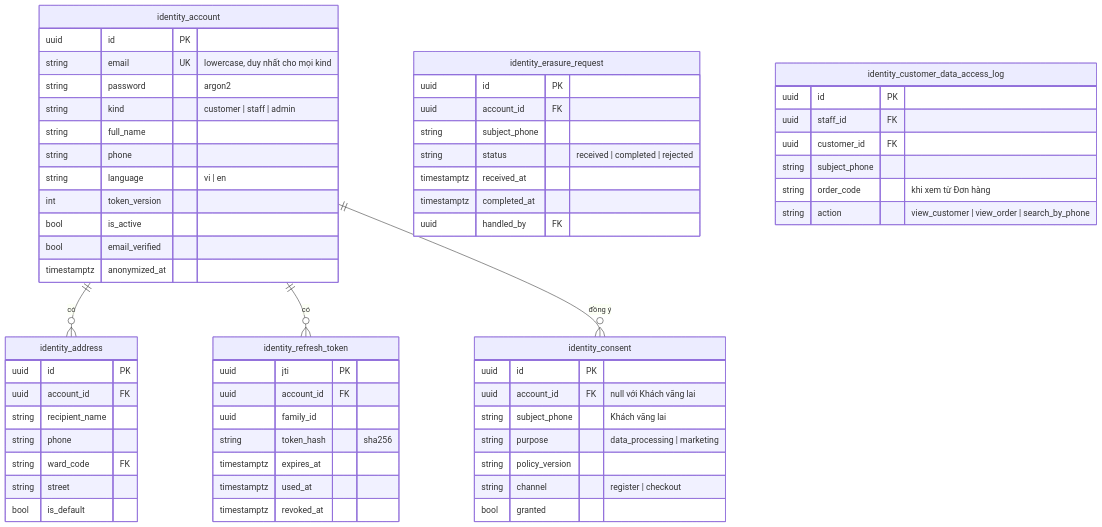
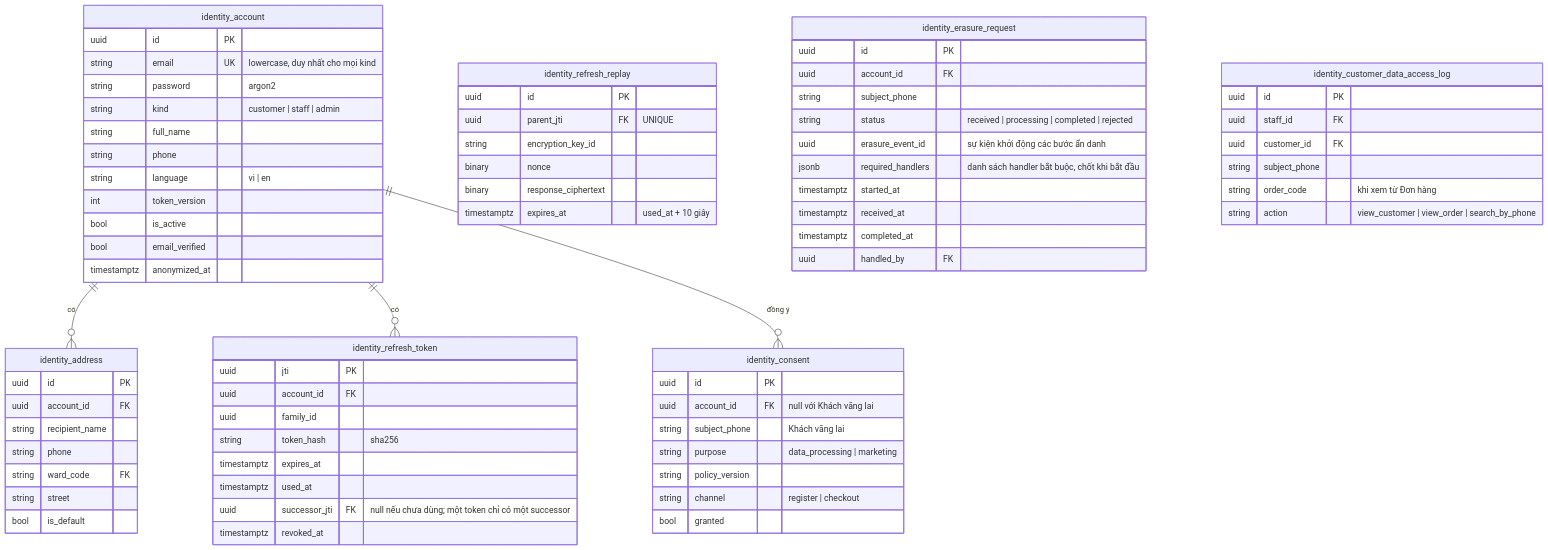
The second of 9 diagrams in docs/architecture/03-data-model.md (LuongCongThanh/boilerplate-ecommerce-next-16), drawn with Mermaid before and after one commit. The commit also changed other lines of this file and 24 other files, not shown here.

Commit message:
docs: refine backend architecture and recovery contracts

````diff
--- a/docs/architecture/03-data-model.md
+++ b/docs/architecture/03-data-model.md
@@ -58,63 +76,75 @@
 ```mermaid
 erDiagram
     identity_account ||--o{ identity_address : "có"
     identity_account ||--o{ identity_refresh_token : "có"
     identity_account ||--o{ identity_consent : "đồng ý"
     identity_account {
         uuid id PK
         string email UK "lowercase, duy nhất cho mọi kind"
         string password "argon2"
         string kind "customer | staff | admin"
         string full_name
         string phone
         string language "vi | en"
         int token_version
         bool is_active
         bool email_verified
         timestamptz anonymized_at
     }
     identity_address {
         uuid id PK
         uuid account_id FK
         string recipient_name
         string phone
         string ward_code FK
         string street
         bool is_default
     }
     identity_refresh_token {
         uuid jti PK
         uuid account_id FK
         uuid family_id
         string token_hash "sha256"
         timestamptz expires_at
         timestamptz used_at
+        uuid successor_jti FK "null nếu chưa dùng; một token chỉ có một successor"
         timestamptz revoked_at
+    }
+    identity_refresh_replay {
+        uuid id PK
+        uuid parent_jti FK "UNIQUE"
+        string encryption_key_id
+        binary nonce
+        binary response_ciphertext
+        timestamptz expires_at "used_at + 10 giây"
     }
     identity_consent {
         uuid id PK
         uuid account_id FK "null với Khách vãng lai"
         string subject_phone "Khách vãng lai"
         string purpose "data_processing | marketing"
         string policy_version
         string channel "register | checkout"
         bool granted
     }
     identity_erasure_request {
         uuid id PK
         uuid account_id FK
         string subject_phone
-        string status "received | completed | rejected"
+        string status "received | processing | completed | rejected"
+        uuid erasure_event_id "sự kiện khởi động các bước ẩn danh"
+        jsonb required_handlers "danh sách handler bắt buộc, chốt khi bắt đầu"
+        timestamptz started_at
         timestamptz received_at
         timestamptz completed_at
         uuid handled_by FK
     }
     identity_customer_data_access_log {
         uuid id PK
         uuid staff_id FK
         uuid customer_id FK
         string subject_phone
         string order_code "khi xem từ Đơn hàng"
         string action "view_customer | view_order | search_by_phone"
     }
 ```
````
